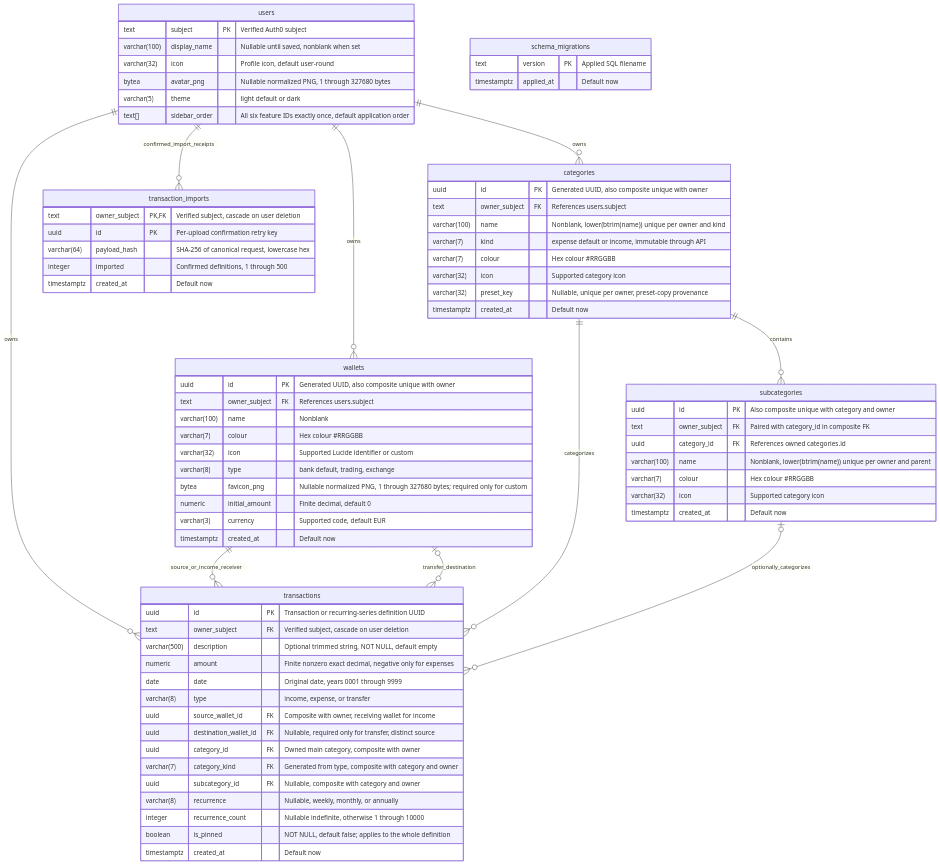
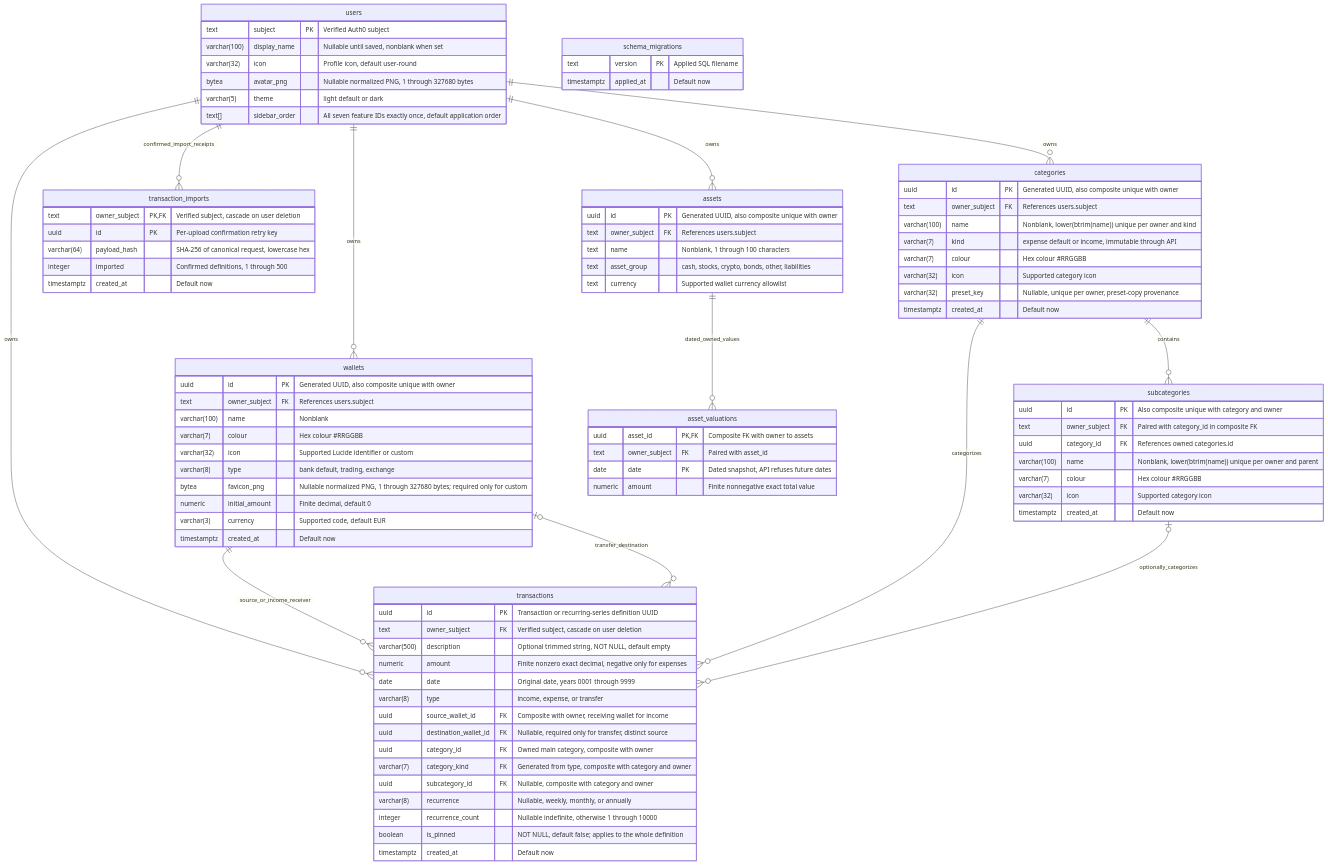
Before and after one commit to lucagiorgino/wealth: the first of 31 diagrams in docs/IMPLEMENTATION_STATUS.md, drawn with Mermaid. The commit also changed other lines of this file and 38 other files, not shown here.

```diff
--- a/docs/IMPLEMENTATION_STATUS.md
+++ b/docs/IMPLEMENTATION_STATUS.md
@@ -482,6 +496,8 @@
     categories ||--o{ subcategories : contains
     users ||--o{ transactions : owns
     users ||--o{ transaction_imports : confirmed_import_receipts
+    users ||--o{ assets : owns
+    assets ||--o{ asset_valuations : dated_owned_values
     wallets ||--o{ transactions : source_or_income_receiver
     wallets |o--o{ transactions : transfer_destination
     categories ||--o{ transactions : categorizes
@@ -492,7 +508,7 @@
         varchar(32) icon "Profile icon, default user-round"
         bytea avatar_png "Nullable normalized PNG, 1 through 327680 bytes"
         varchar(5) theme "light default or dark"
-        text[] sidebar_order "All six feature IDs exactly once, default application order"
+        text[] sidebar_order "All seven feature IDs exactly once, default application order"
     }
     wallets {
         uuid id PK "Generated UUID, also composite unique with owner"
@@ -505,6 +521,19 @@
         numeric initial_amount "Finite decimal, default 0"
         varchar(3) currency "Supported code, default EUR"
         timestamptz created_at "Default now"
+    }
+    assets {
+        uuid id PK "Generated UUID, also composite unique with owner"
+        text owner_subject FK "References users.subject"
+        text name "Nonblank, 1 through 100 characters"
+        text asset_group "cash, stocks, crypto, bonds, other, liabilities"
+        text currency "Supported wallet currency allowlist"
+    }
+    asset_valuations {
+        uuid asset_id PK, FK "Composite FK with owner to assets"
+        text owner_subject FK "Paired with asset_id"
+        date date PK "Dated snapshot, API refuses future dates"
+        numeric amount "Finite nonnegative exact total value"
     }
     categories {
         uuid id PK "Generated UUID, also composite unique with owner"
```
